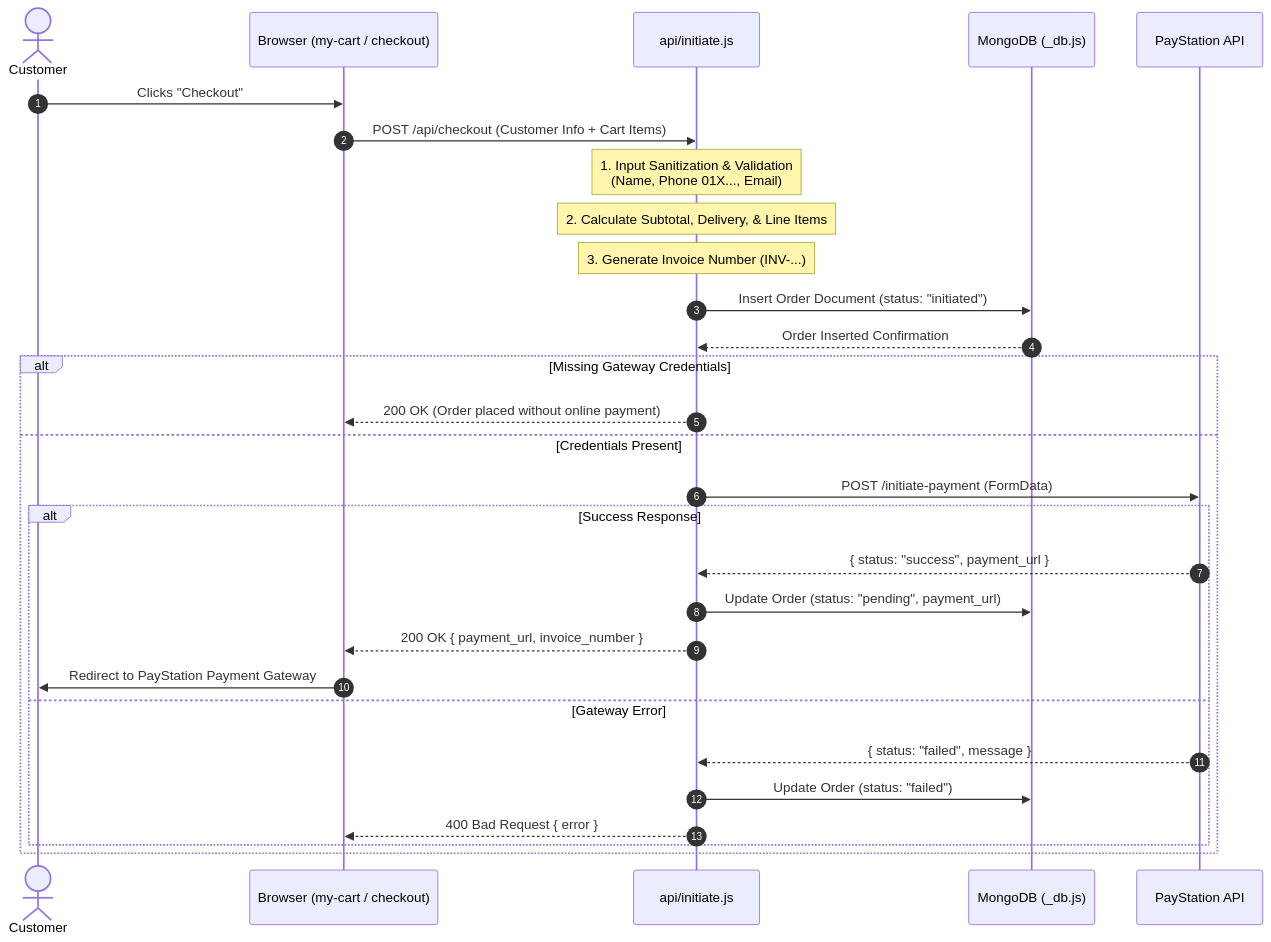
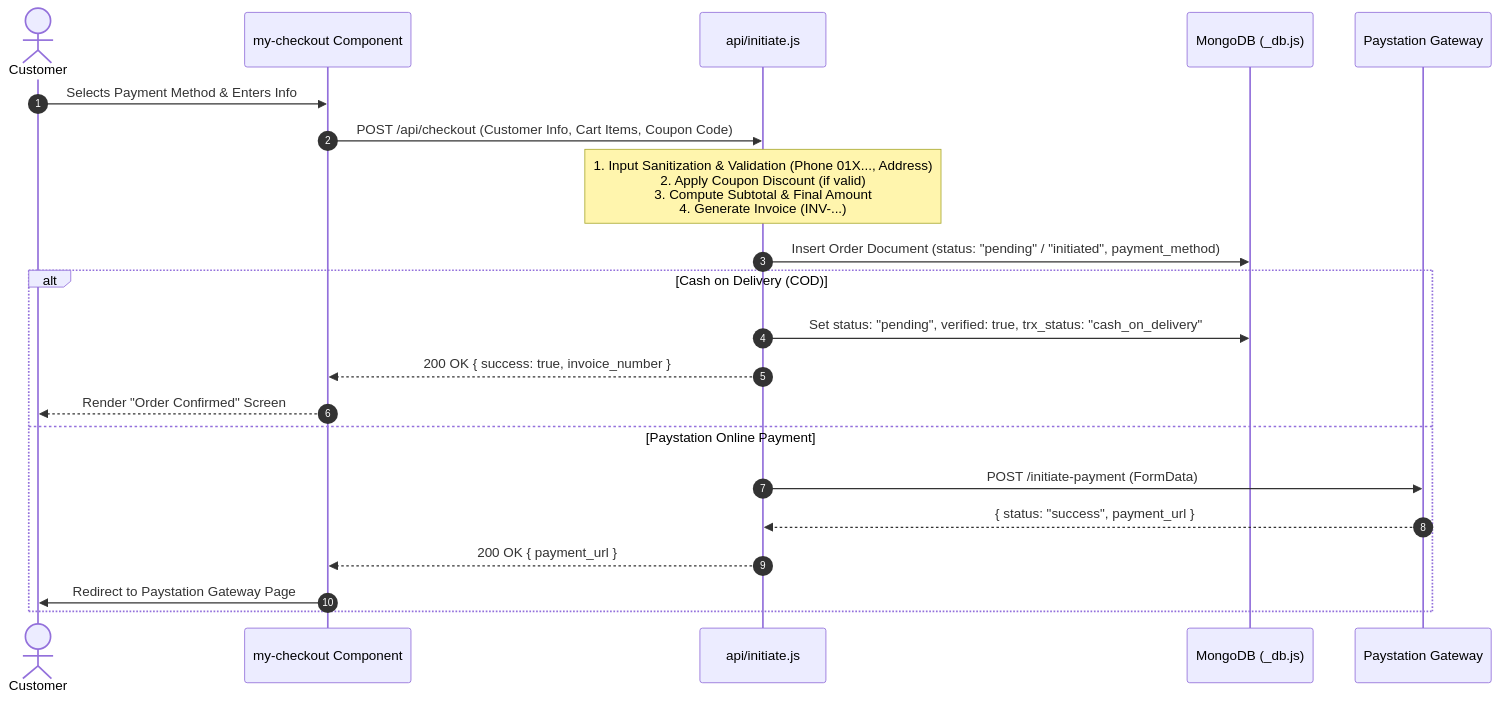
One commit to AdnanInTheSky/notun_rawgadz changed the second of 4 diagrams in update.md. Above: the diagram before and after it, drawn with Mermaid. The commit also changed other lines of this file and 13 other files, not shown here.

````diff
--- a/update.md
+++ b/update.md
@@ -59,35 +70,27 @@
 ```mermaid
 sequenceDiagram
     autonumber
     actor Customer
-    participant FrontEnd as Browser (my-cart / checkout)
+    participant FrontEnd as my-checkout Component
     participant API as api/initiate.js
     participant DB as MongoDB (_db.js)
-    participant Gateway as PayStation API
+    participant Gateway as Paystation Gateway
 
-    Customer->>FrontEnd: Clicks "Checkout"
-    FrontEnd->>API: POST /api/checkout (Customer Info + Cart Items)
+    Customer->>FrontEnd: Selects Payment Method & Enters Info
+    FrontEnd->>API: POST /api/checkout (Customer Info, Cart Items, Coupon Code)
     
-    Note over API: 1. Input Sanitization & Validation<br/>(Name, Phone 01X..., Email)
-    Note over API: 2. Calculate Subtotal, Delivery, & Line Items
-    Note over API: 3. Generate Invoice Number (INV-...)
+    Note over API: 1. Input Sanitization & Validation (Phone 01X..., Address)<br/>2. Apply Coupon Discount (if valid)<br/>3. Compute Subtotal & Final Amount<br/>4. Generate Invoice (INV-...)
 
-    API->>DB: Insert Order Document (status: "initiated")
-    DB-->>API: Order Inserted Confirmation
-
-    alt Missing Gateway Credentials
-        API-->>FrontEnd: 200 OK (Order placed without online payment)
-    else Credentials Present
+    API->>DB: Insert Order Document (status: "pending" / "initiated", payment_method)
+    
+    alt Cash on Delivery (COD)
+        API->>DB: Set status: "pending", verified: true, trx_status: "cash_on_delivery"
+        API-->>FrontEnd: 200 OK { success: true, invoice_number }
+        FrontEnd-->>Customer: Render "Order Confirmed" Screen
+    else Paystation Online Payment
         API->>Gateway: POST /initiate-payment (FormData)
-        alt Success Response
-            Gateway-->>API: { status: "success", payment_url }
-            API->>DB: Update Order (status: "pending", payment_url)
-            API-->>FrontEnd: 200 OK { payment_url, invoice_number }
-            FrontEnd->>Customer: Redirect to PayStation Payment Gateway
-        else Gateway Error
-            Gateway-->>API: { status: "failed", message }
-            API->>DB: Update Order (status: "failed")
-            API-->>FrontEnd: 400 Bad Request { error }
-        end
+        Gateway-->>API: { status: "success", payment_url }
+        API-->>FrontEnd: 200 OK { payment_url }
+        FrontEnd->>Customer: Redirect to Paystation Gateway Page
     end
 ```
````
